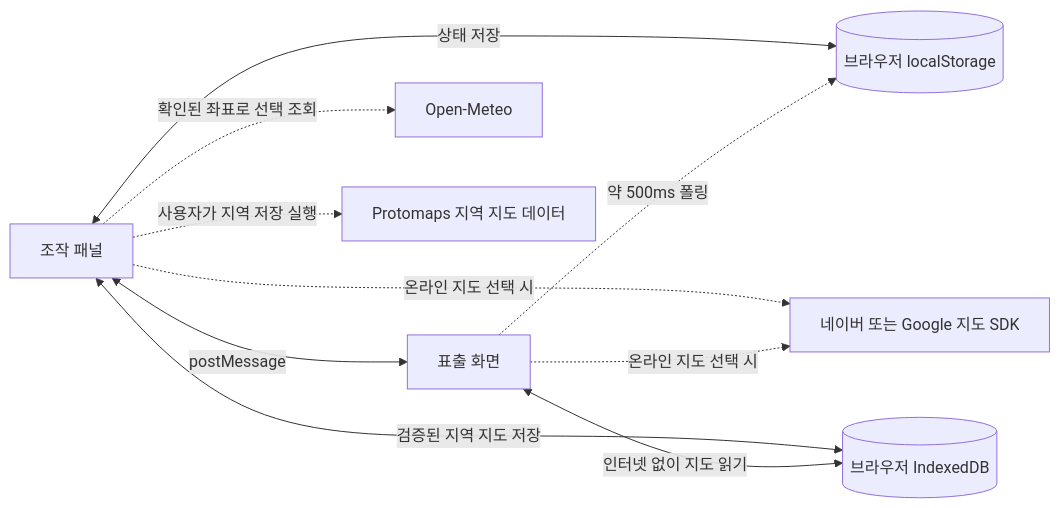
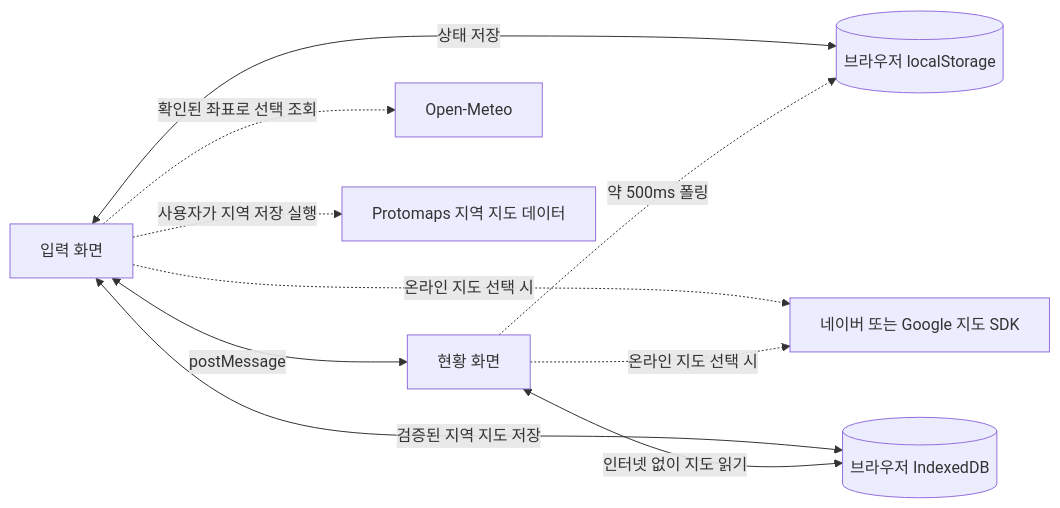
The diagram in README.md (MuyeongKim/stayup-dash), drawn with Mermaid before and after one commit. The commit also changed other lines of this file and 25 other files, not shown here.

````diff
--- a/README.md
+++ b/README.md
@@ -71,12 +71,12 @@
 ```mermaid
 flowchart LR
-    OP[조작 패널] <-->|postMessage| DS[표출 화면]
+    OP[입력 화면] <-->|postMessage| DS[현황 화면]
     OP <-->|상태 저장| LS[(브라우저 localStorage)]
     DS -. 약 500ms 폴링 .-> LS
     OP -. 확인된 좌표로 선택 조회 .-> WX[Open-Meteo]
     OP -. 온라인 지도 선택 시 .-> MAP[네이버 또는 Google 지도 SDK]
     DS -. 온라인 지도 선택 시 .-> MAP
     OP -. 사용자가 지역 저장 실행 .-> PM[Protomaps 지역 지도 데이터]
     OP <-->|검증된 지역 지도 저장| IDB[(브라우저 IndexedDB)]
     DS <-->|인터넷 없이 지도 읽기| IDB
 ```
````
